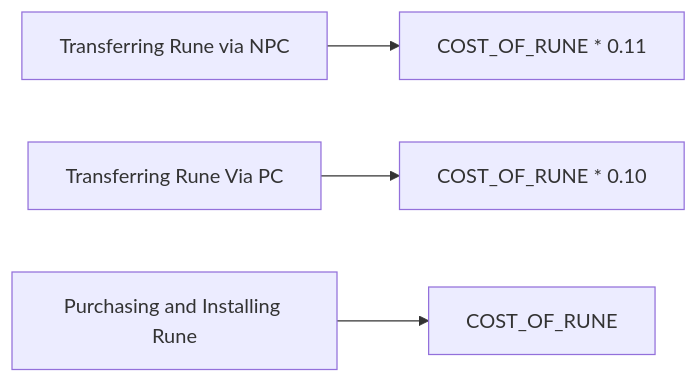
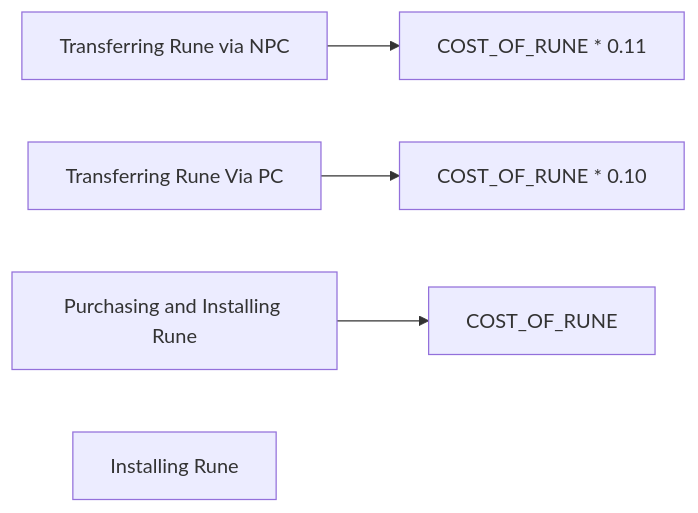
One commit to speck0413/notes changed the diagram in PF2E/Strength of Thousands/Flow Charts/Rune Guide.md. Above: the diagram before and after it, drawn with Mermaid.

Commit message:
July 7, 2022 5:25 PM

````diff
--- a/PF2E/Strength of Thousands/Flow Charts/Rune Guide.md
+++ b/PF2E/Strength of Thousands/Flow Charts/Rune Guide.md
@@ -1,18 +1,20 @@
 ```mermaid
 
 flowchart LR
 
 NPC[Transferring Rune via NPC]
 NPC_COST[COST_OF_RUNE * 0.11]
 
 PC[Transferring Rune Via PC]
 PC_COST[COST_OF_RUNE * 0.10]
 
 RUNE[Purchasing and Installing Rune]
 RUNE_COST[COST_OF_RUNE]
 
+State1[Installing Rune]
+
 NPC-->NPC_COST
 PC-->PC_COST
 RUNE-->RUNE_COST
 
 ```
````
